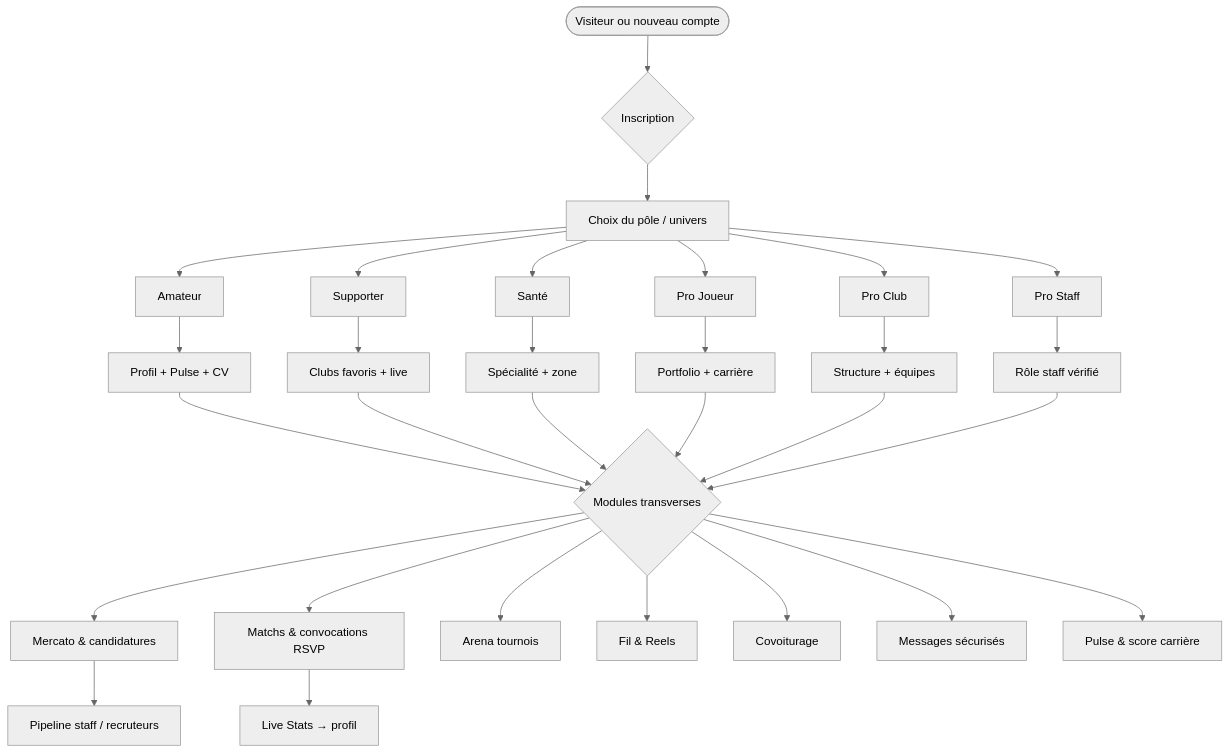
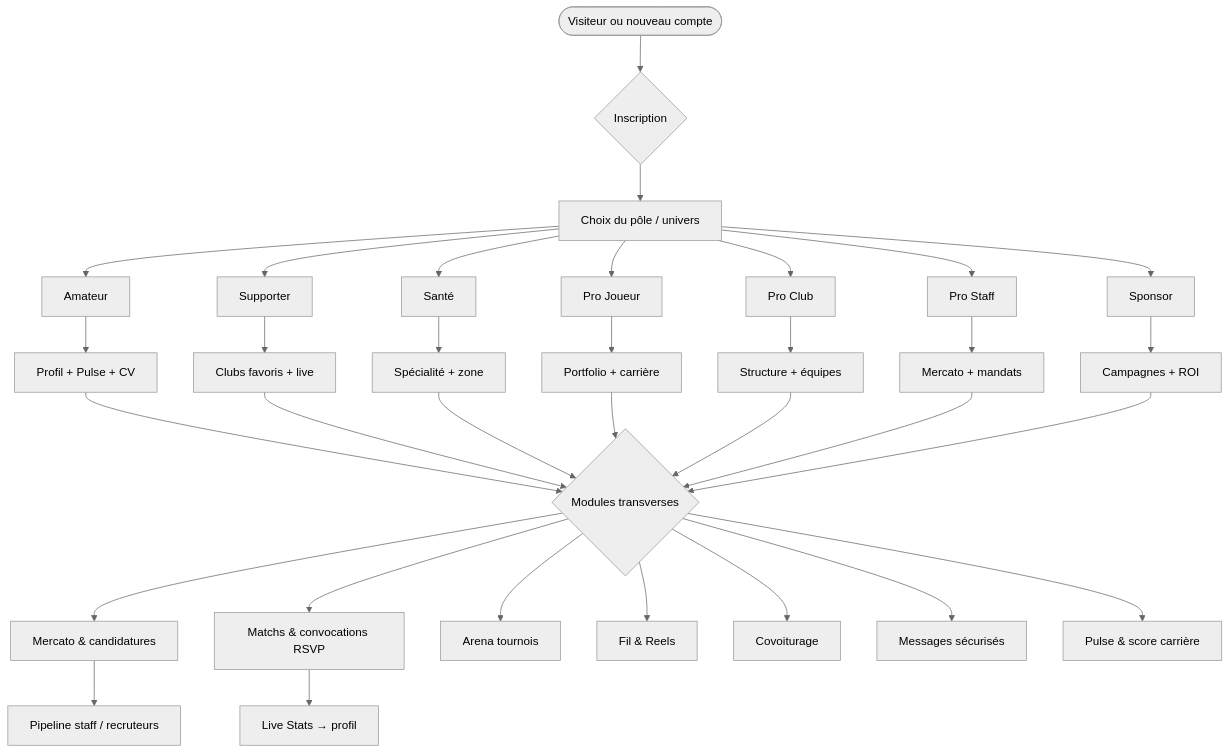
One commit to alfredgibeau-ahoussinou/PRODAY changed the second of 5 diagrams in README.md. Above: the diagram before and after it, drawn with Mermaid (neutral theme). The commit also changed other lines of this file and 24 other files, not shown here.

````diff
--- a/README.md
+++ b/README.md
@@ -144,36 +144,39 @@
 ```mermaid
 flowchart TD
     A([Visiteur ou nouveau compte]) --> B{Inscription}
     B --> C[Choix du pôle / univers]
     C --> D1[Amateur]
     C --> D2[Supporter]
     C --> D3[Santé]
     C --> D4[Pro Joueur]
     C --> D5[Pro Club]
     C --> D6[Pro Staff]
+    C --> D7[Sponsor]
 
     D1 --> E[Profil + Pulse + CV]
     D2 --> F[Clubs favoris + live]
     D3 --> G[Spécialité + zone]
     D4 --> H[Portfolio + carrière]
     D5 --> I[Structure + équipes]
-    D6 --> J[Rôle staff vérifié]
+    D6 --> J[Mercato + mandats]
+    D7 --> S[Campagnes + ROI]
 
     E --> K{Modules transverses}
     F --> K
     G --> K
     H --> K
     I --> K
     J --> K
+    S --> K
 
     K --> M1[Mercato & candidatures]
     K --> M2[Matchs & convocations RSVP]
     K --> M3[Arena tournois]
     K --> M4[Fil & Reels]
     K --> M5[Covoiturage]
     K --> M6[Messages sécurisés]
     K --> M7[Pulse & score carrière]
 
     M2 --> L[Live Stats → profil]
     M1 --> N[Pipeline staff / recruteurs]
 ```
````
